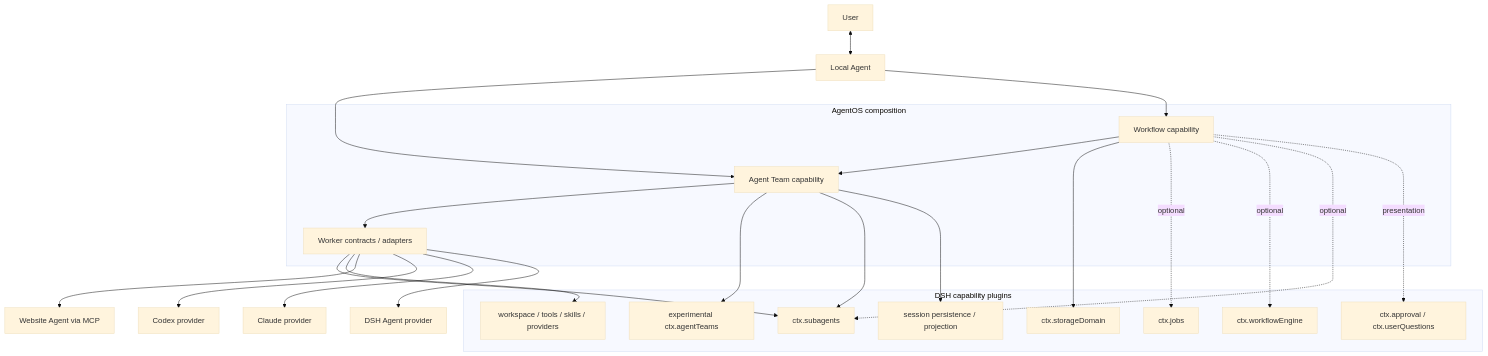
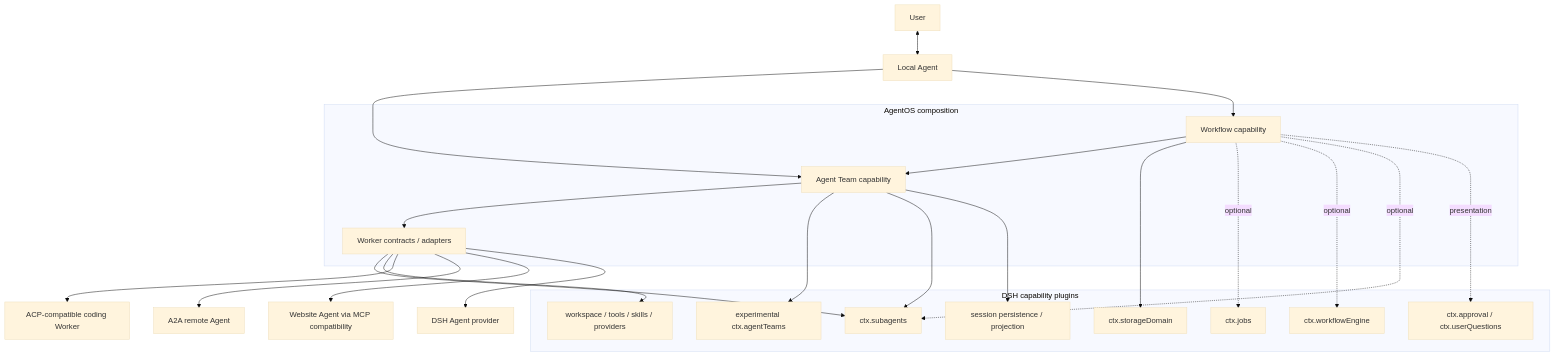
Before and after one commit to tsuuanmi/AgentOS: the first of 6 diagrams in docs/architecture/README.md, drawn with Mermaid (base theme). The commit also changed other lines of this file, not shown here.

Commit message:
docs: make A2A ACP MCP protocol roles canonical

```diff
--- a/docs/architecture/README.md
+++ b/docs/architecture/README.md
@@ -19,44 +19,44 @@
 ~~~mermaid
 flowchart TB
     User[User] <--> Local[Local Agent]
 
     subgraph AO["AgentOS composition"]
         Team[Agent Team capability]
         Workflow[Workflow capability]
         Worker[Worker contracts / adapters]
     end
 
     Local --> Team
     Local --> Workflow
     Workflow --> Team
     Team --> Worker
 
     subgraph DSH["DSH capability plugins"]
         AT[experimental ctx.agentTeams]
         Sub[ctx.subagents]
         Store[ctx.storageDomain]
         Jobs[ctx.jobs]
         DWF[ctx.workflowEngine]
         Human[ctx.approval / ctx.userQuestions]
         Session[session persistence / projection]
         Runtime[workspace / tools / skills / providers]
     end
 
     Team --> AT
     Team --> Sub
     Team --> Session
 
     Workflow --> Store
     Workflow -. optional .-> Jobs
     Workflow -. optional .-> DWF
     Workflow -. optional .-> Sub
     Workflow -. presentation .-> Human
 
     Worker --> Sub
     Worker --> Runtime
 
-    Worker --> Website[Website Agent via MCP]
-    Worker --> Codex[Codex provider]
-    Worker --> Claude[Claude provider]
+    Worker --> ACP[ACP-compatible coding Worker]
+    Worker --> A2A[A2A remote Agent]
+    Worker --> Website[Website Agent via MCP compatibility]
     Worker --> DSHWorker[DSH Agent provider]
 ~~~
```
